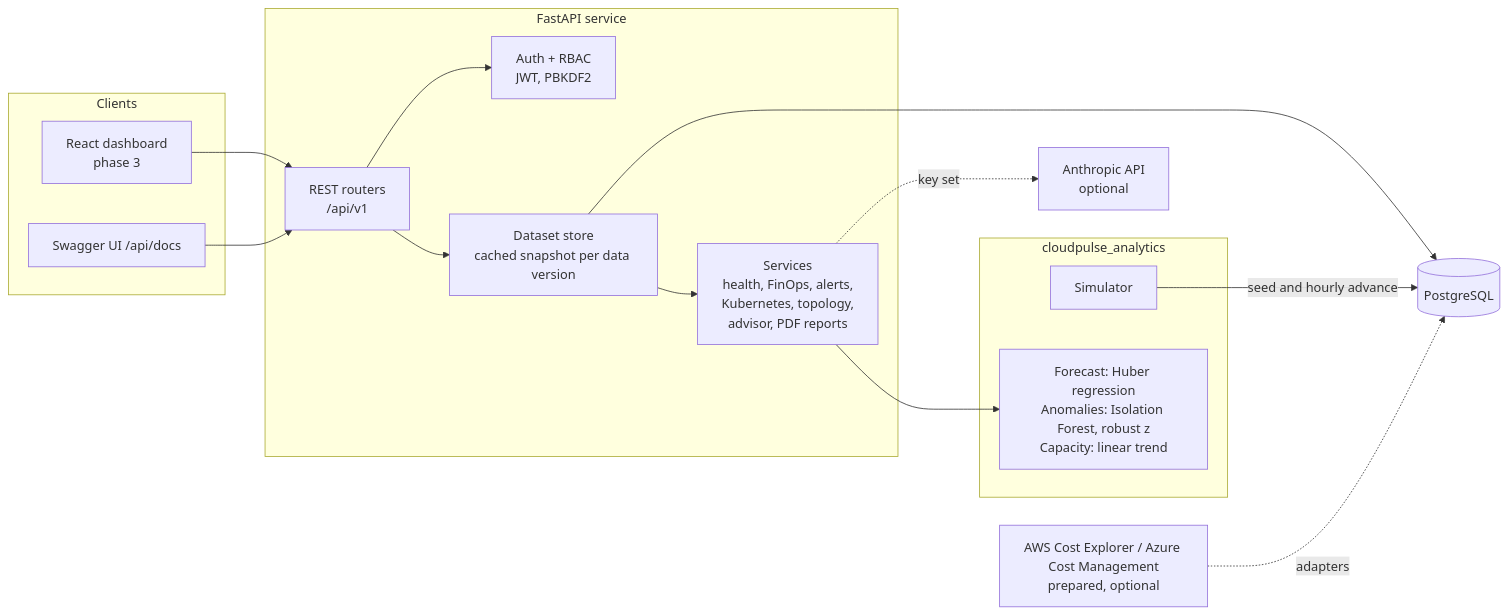
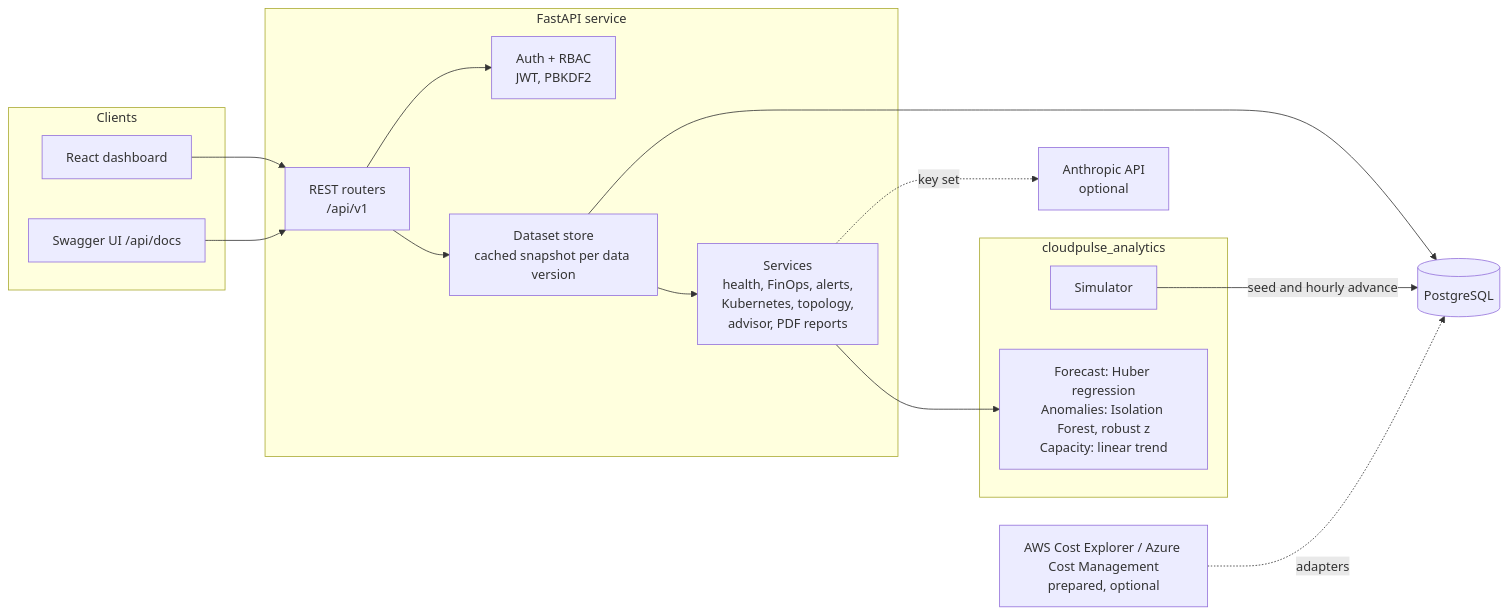
The diagram in README.md (ghaadii99aa-create/cloudpulse-platform), drawn with Mermaid before and after one commit. The commit also changed other lines of this file and 48 other files, not shown here.

First line of the commit message:
Add React dashboard for phase 3

````diff
--- a/README.md
+++ b/README.md
@@ -24,29 +34,29 @@
 ```mermaid
 flowchart LR
     subgraph Clients
-        UI[React dashboard<br/>phase 3]
+        UI[React dashboard]
         SW[Swagger UI /api/docs]
     end
     subgraph API[FastAPI service]
         AUTH[Auth + RBAC<br/>JWT, PBKDF2]
         ROUTES[REST routers<br/>/api/v1]
         STORE[Dataset store<br/>cached snapshot per data version]
         SVC[Services<br/>health, FinOps, alerts,<br/>Kubernetes, topology,<br/>advisor, PDF reports]
     end
     subgraph Analytics[cloudpulse_analytics]
         SIM[Simulator]
         ML[Forecast: Huber regression<br/>Anomalies: Isolation Forest, robust z<br/>Capacity: linear trend]
     end
     DB[(PostgreSQL)]
     CLAUDE[Anthropic API<br/>optional]
     CLOUD[AWS Cost Explorer / Azure Cost Management<br/>prepared, optional]
 
     UI --> ROUTES
     SW --> ROUTES
     ROUTES --> AUTH
     ROUTES --> STORE --> DB
     STORE --> SVC --> ML
     SIM -->|seed and hourly advance| DB
     SVC -. key set .-> CLAUDE
     CLOUD -. adapters .-> DB
 ```
````
